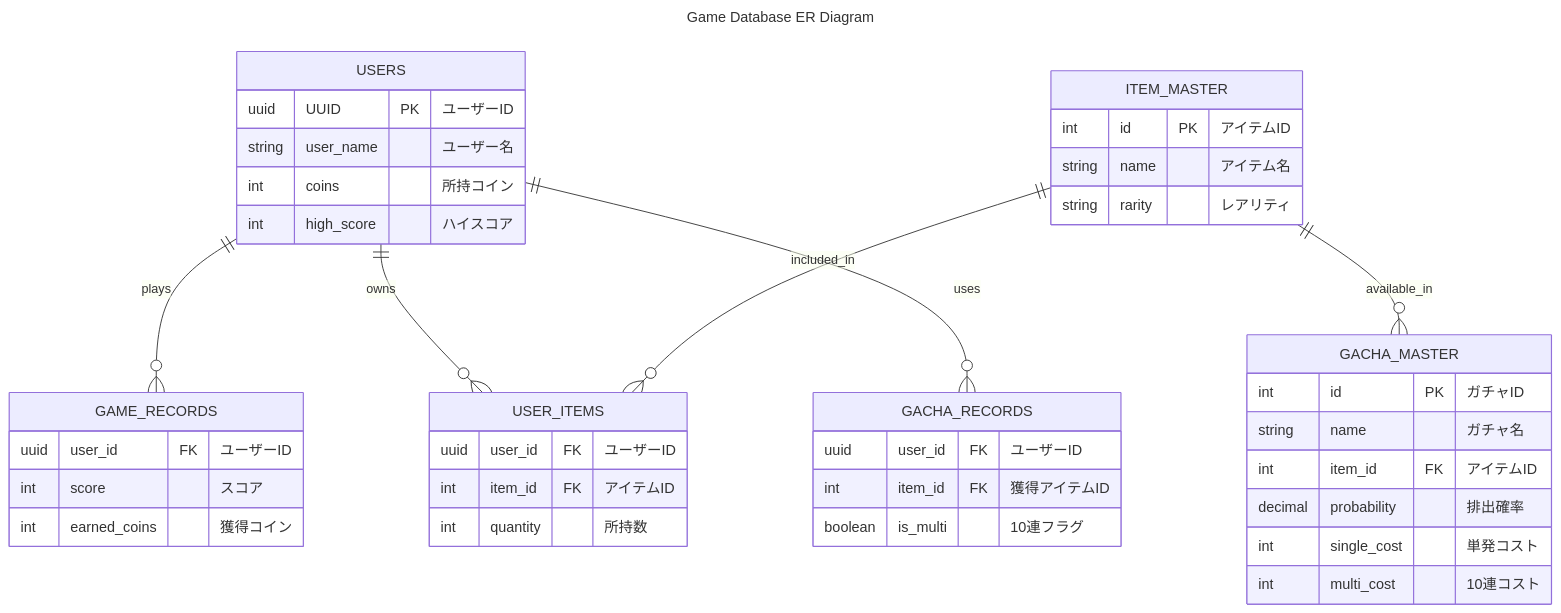
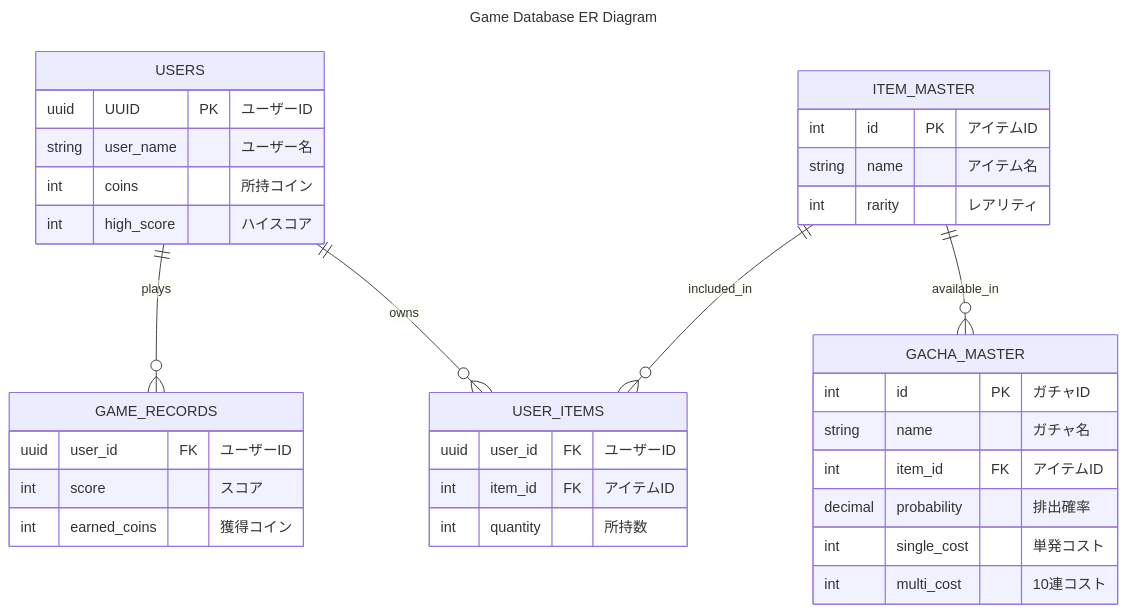
One commit to subarunrun0812/42_roadToCyberagent changed the diagram in databaseErGrapth.md. Above: the diagram before and after it, drawn with Mermaid. The commit also changed 2 other files, not shown here.

Commit message:
add: コンテナ起動時にdatabaseを作成

````diff
--- a/databaseErGrapth.md
+++ b/databaseErGrapth.md
@@ -1,51 +1,44 @@
 ```mermaid
 ---
 title: Game Database ER Diagram
 ---
 erDiagram
     USERS ||--o{ GAME_RECORDS : "plays"
     USERS ||--o{ USER_ITEMS : "owns"
-    USERS ||--o{ GACHA_RECORDS : "uses"
     ITEM_MASTER ||--o{ USER_ITEMS : "included_in"
     ITEM_MASTER ||--o{ GACHA_MASTER : "available_in"
     
     USERS {
         uuid UUID PK "ユーザーID"
         string user_name "ユーザー名"
         int coins "所持コイン"
         int high_score "ハイスコア"
     }
 
     GAME_RECORDS {
         uuid user_id FK "ユーザーID"
         int score "スコア"
         int earned_coins "獲得コイン"
     }
 
     USER_ITEMS {
         uuid user_id FK "ユーザーID"
         int item_id FK "アイテムID"
         int quantity "所持数"
     }
 
     ITEM_MASTER {
         int id PK "アイテムID"
         string name "アイテム名"
-        string rarity "レアリティ"
+        int rarity "レアリティ"
     }
 
     GACHA_MASTER {
         int id PK "ガチャID"
         string name "ガチャ名"
         int item_id FK "アイテムID"
         decimal probability "排出確率"
         int single_cost "単発コスト"
         int multi_cost "10連コスト"
     }
-
-    GACHA_RECORDS {
-        uuid user_id FK "ユーザーID"
-        int item_id FK "獲得アイテムID"
-        boolean is_multi "10連フラグ"
-    }
 ```
````
